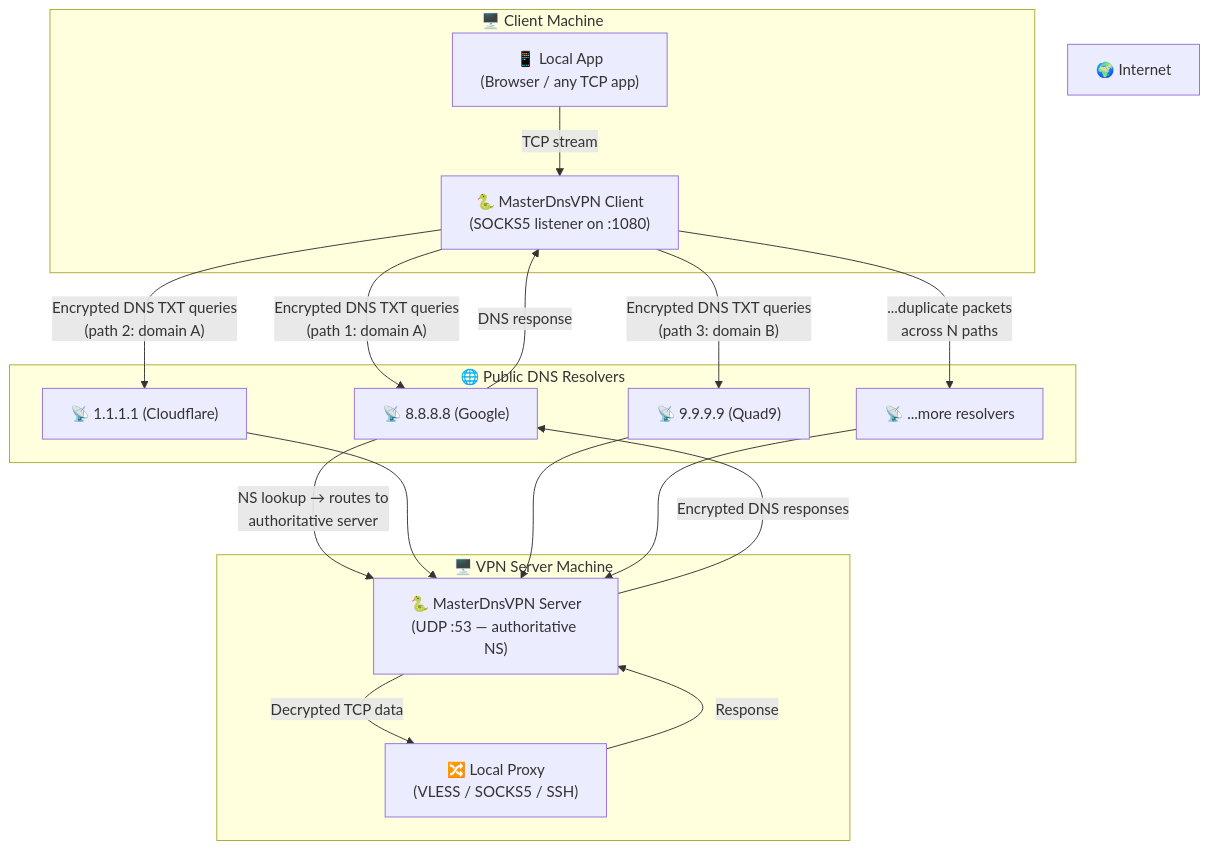
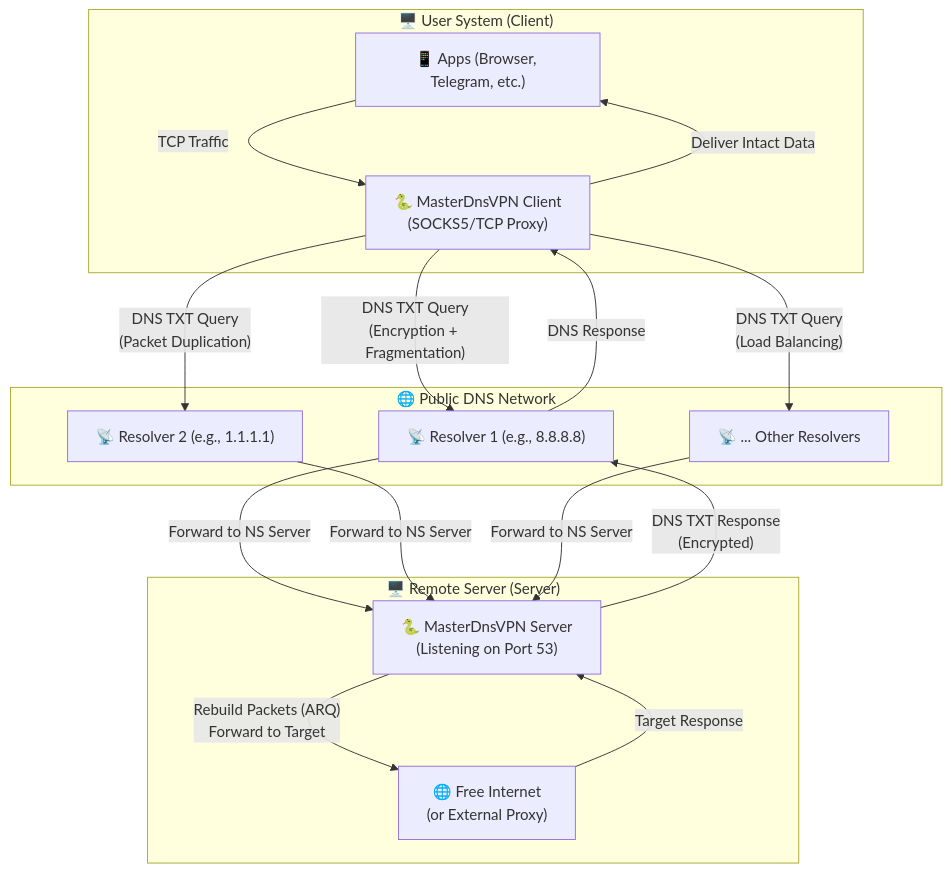
Before and after one commit to bhardwajRahul/MasterDnsVPN: the first of 2 diagrams in README.MD, drawn with Mermaid. The commit also changed other lines of this file and 1 other file, not shown here.

````diff
--- a/README.MD
+++ b/README.MD
@@ -261,37 +376,33 @@
 ```mermaid
 graph TD
-    subgraph Client_Machine ["🖥️ Client Machine"]
-        App["📱 Local App\n(Browser / any TCP app)"]
-        Client["🐍 MasterDnsVPN Client\n(SOCKS5 listener on :1080)"]
+    subgraph Client_Side ["🖥️ User System (Client)"]
+        App["📱 Apps (Browser, Telegram, etc.)"]
+        Client["🐍 MasterDnsVPN Client<br>(SOCKS5/TCP Proxy)"]
     end
 
-    subgraph Public_DNS ["🌐 Public DNS Resolvers"]
-        R1["📡 8.8.8.8 (Google)"]
-        R2["📡 1.1.1.1 (Cloudflare)"]
-        R3["📡 9.9.9.9 (Quad9)"]
-        RN["📡 ...more resolvers"]
+    subgraph DNS_Network ["🌐 Public DNS Network"]
+        R1["📡 Resolver 1 (e.g., 8.8.8.8)"]
+        R2["📡 Resolver 2 (e.g., 1.1.1.1)"]
+        RN["📡 ... Other Resolvers"]
     end
 
-    subgraph Server_Machine ["🖥️ VPN Server Machine"]
-        Server["🐍 MasterDnsVPN Server\n(UDP :53 — authoritative NS)"]
-        Proxy["🔀 Local Proxy\n(VLESS / SOCKS5 / SSH)"]
+    subgraph Server_Side ["🖥️ Remote Server (Server)"]
+        Server["🐍 MasterDnsVPN Server<br>(Listening on Port 53)"]
+        Target["🌐 Free Internet<br>(or External Proxy)"]
     end
 
-    Internet["🌍 Internet"]
+    App -->|"TCP Traffic"| Client
+    Client -->|"DNS TXT Query<br>(Encryption + Fragmentation)"| R1
+    Client -->|"DNS TXT Query<br>(Packet Duplication)"| R2
+    Client -->|"DNS TXT Query<br>(Load Balancing)"| RN
 
-    App -->|"TCP stream"| Client
-    Client -->|"Encrypted DNS TXT queries\n(path 1: domain A)"| R1
-    Client -->|"Encrypted DNS TXT queries\n(path 2: domain A)"| R2
-    Client -->|"Encrypted DNS TXT queries\n(path 3: domain B)"| R3
-    Client -->|"...duplicate packets\nacross N paths"| RN
+    R1 -->|"Forward to NS Server"| Server
+    R2 -->|"Forward to NS Server"| Server
+    RN -->|"Forward to NS Server"| Server
 
-    R1 -->|"NS lookup → routes to\nauthoritative server"| Server
-    R2 --> Server
-    R3 --> Server
-    RN --> Server
-
-    Server -->|"Decrypted TCP data"| Proxy
-    Proxy -->|"Response"| Server
-    Server -->|"Encrypted DNS responses"| R1
-    R1 -->|"DNS response"| Client
+    Server -->|"Rebuild Packets (ARQ)<br>Forward to Target"| Target
+    Target -->|"Target Response"| Server
+    Server -->|"DNS TXT Response<br>(Encrypted)"| R1
+    R1 -->|"DNS Response"| Client
+    Client -->|"Deliver Intact Data"| App
 ```
````
